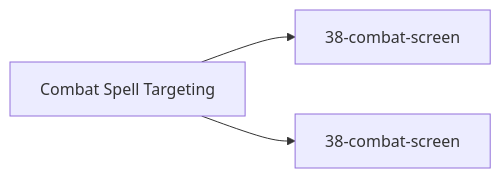
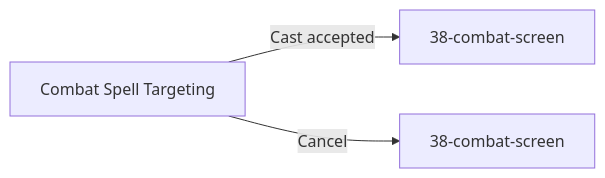
The fifth of 5 diagrams in docs/architecture/wiki/screens/44-combat-spell-targeting/architecture.md (SunaNoOshiro/Heroes_Reforged_AI_Realms), drawn with Mermaid before and after one commit. The commit also changed other lines of this file and 518 other files, not shown here.

First line of the commit message:
Add doc-audit skill and sweep architecture/screen docs

````diff
--- a/docs/architecture/wiki/screens/44-combat-spell-targeting/architecture.md
+++ b/docs/architecture/wiki/screens/44-combat-spell-targeting/architecture.md
@@ -70,6 +67,6 @@
 ```mermaid
 flowchart LR
   Current["Combat Spell Targeting"]
-  Current --> T0["38-combat-screen"]
-  Current --> T1["38-combat-screen"]
+  Current -->|Cast accepted| T0["38-combat-screen"]
+  Current -->|Cancel| T1["38-combat-screen"]
 ```
````
